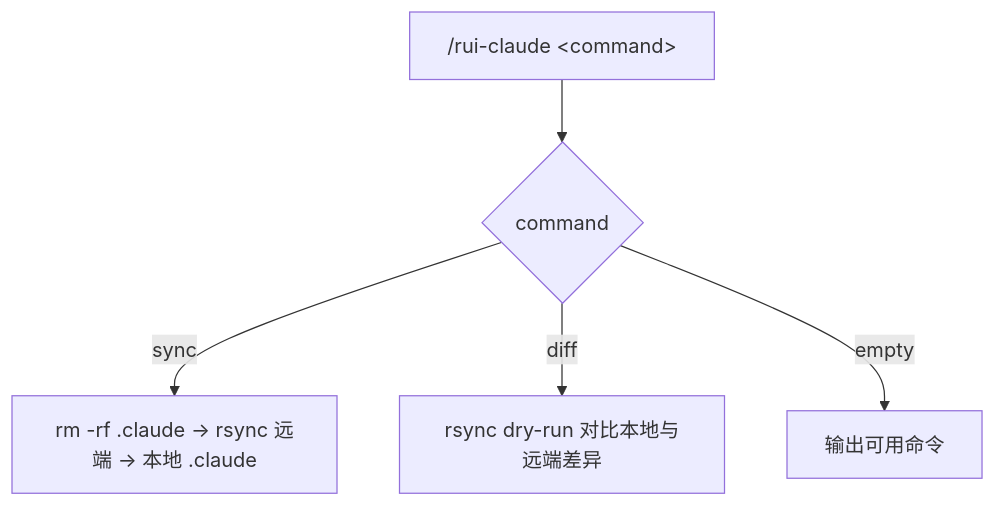
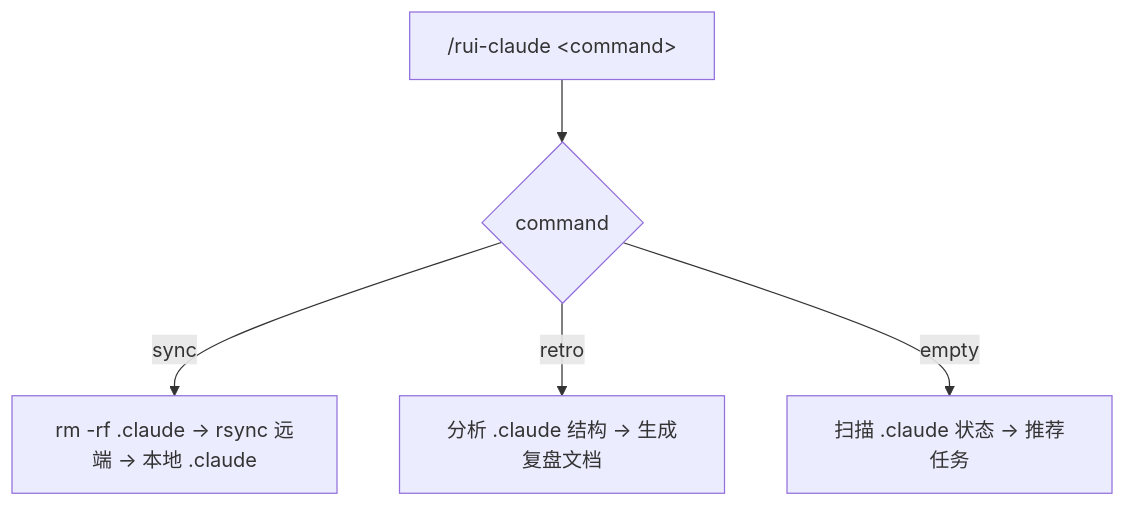
One commit to effiy/YrY changed the first of 3 diagrams in skills/rui-claude/SKILL.md. Above: the diagram before and after it, drawn with Mermaid. The commit also changed other lines of this file and 2 other files, not shown here.

````diff
--- a/skills/rui-claude/SKILL.md
+++ b/skills/rui-claude/SKILL.md
@@ -10,7 +10,7 @@
 ```mermaid
 flowchart TD
     USER["/rui-claude &lt;command&gt;"] --> ROUTE{command}
     ROUTE -->|sync| SYNC["rm -rf .claude → rsync 远端 → 本地 .claude"]
-    ROUTE -->|diff| DIFF["rsync dry-run 对比本地与远端差异"]
-    ROUTE -->|empty| HELP["输出可用命令"]
+    ROUTE -->|retro| RETRO["分析 .claude 结构 → 生成复盘文档"]
+    ROUTE -->|empty| RECOMMEND["扫描 .claude 状态 → 推荐任务"]
 ```
````
